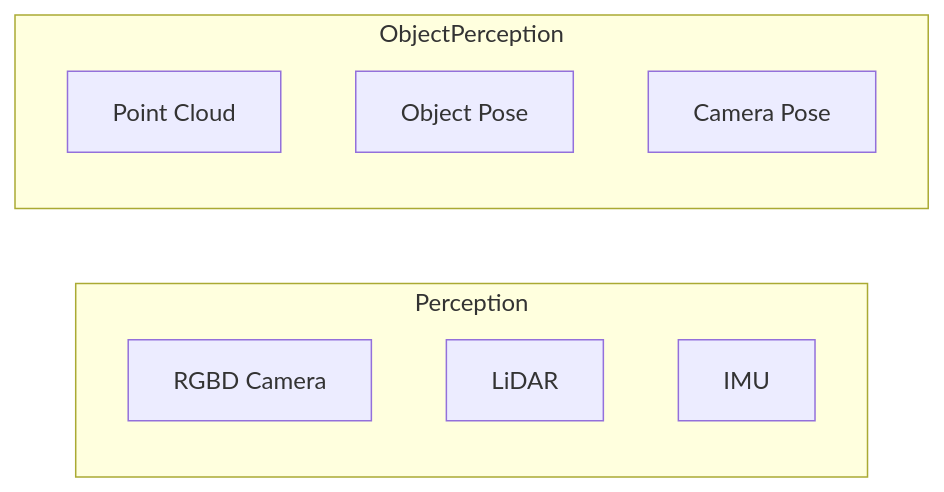
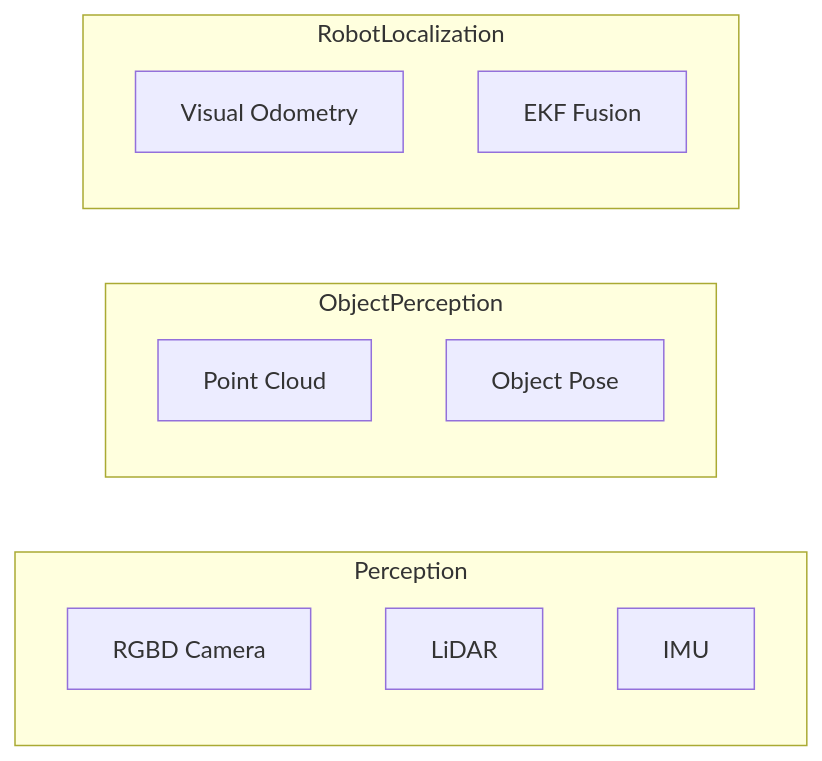
One commit to SeasonedLeo/RAS_Mobile_Robotics_Vision changed the diagram in project/report1.md. Above: the diagram before and after it, drawn with Mermaid.

Commit message:
in process of debugging mermaid diagram

````diff
--- a/project/report1.md
+++ b/project/report1.md
@@ -90,15 +90,20 @@
 ```mermaid
 flowchart LR
 
   subgraph Perception
     RGBD[RGBD Camera]
     LIDAR[LiDAR]
     IMU[IMU]
   end
 
   subgraph ObjectPerception
     PCP[Point Cloud]
     OPE[Object Pose]
-    OBJ_CAM[Camera Pose]
   end
+  
+  subgraph RobotLocalization
+    VO[Visual Odometry]
+    EKF[EKF Fusion]
+  end
+
 ```
````
